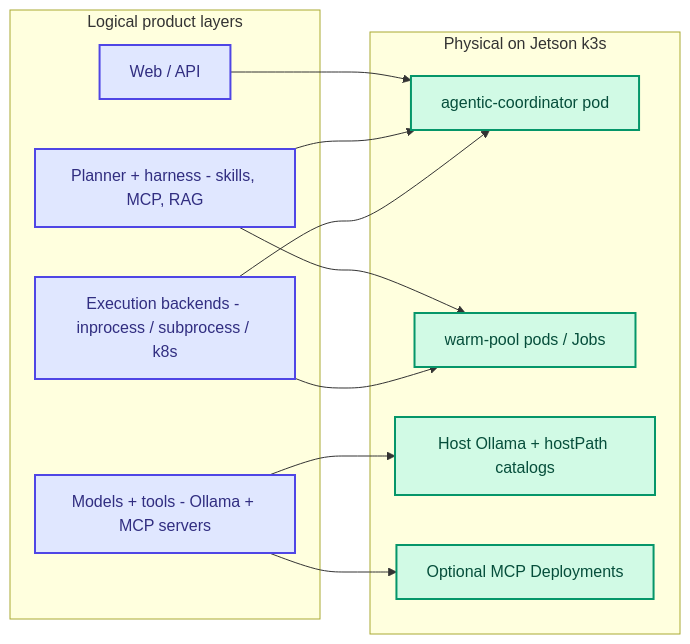
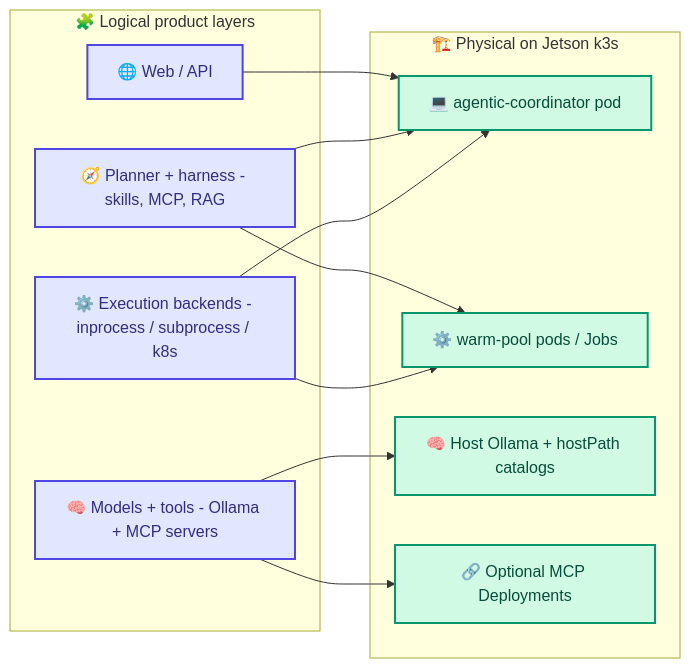
One commit to zlatko-lakisic/agentic-orchestration changed the third of 3 diagrams in docs/system-architecture/index.md. Above: the diagram before and after it, drawn with Mermaid. The commit also changed other lines of this file and 2 other files, not shown here.

First line of the commit message:
Docs: Mermaid click-to-zoom modal and iconified system diagrams.

````diff
--- a/docs/system-architecture/index.md
+++ b/docs/system-architecture/index.md
@@ -135,27 +137,27 @@
 ```mermaid
 flowchart LR
   classDef logical fill:#E0E7FF,stroke:#4F46E5,stroke-width:2px,color:#312E81
   classDef physical fill:#D1FAE5,stroke:#059669,stroke-width:2px,color:#064E3B
 
-  subgraph Logical["Logical product layers"]
-    L1["Web / API"]:::logical
-    L2["Planner + harness - skills, MCP, RAG"]:::logical
-    L3["Execution backends - inprocess / subprocess / k8s"]:::logical
-    L4["Models + tools - Ollama + MCP servers"]:::logical
+  subgraph Logical["🧩 Logical product layers"]
+    L1["🌐 Web / API"]:::logical
+    L2["🧭 Planner + harness - skills, MCP, RAG"]:::logical
+    L3["⚙️ Execution backends - inprocess / subprocess / k8s"]:::logical
+    L4["🧠 Models + tools - Ollama + MCP servers"]:::logical
   end
 
-  subgraph Physical["Physical on Jetson k3s"]
-    P1["agentic-coordinator pod"]:::physical
-    P2["warm-pool pods / Jobs"]:::physical
-    P3["Host Ollama + hostPath catalogs"]:::physical
-    P4["Optional MCP Deployments"]:::physical
+  subgraph Physical["🏗️ Physical on Jetson k3s"]
+    P1["💻 agentic-coordinator pod"]:::physical
+    P2["⚙️ warm-pool pods / Jobs"]:::physical
+    P3["🧠 Host Ollama + hostPath catalogs"]:::physical
+    P4["🔗 Optional MCP Deployments"]:::physical
   end
 
   L1 --> P1
   L2 --> P1
   L2 --> P2
   L3 --> P1
   L3 --> P2
   L4 --> P3
   L4 --> P4
 ```
````
